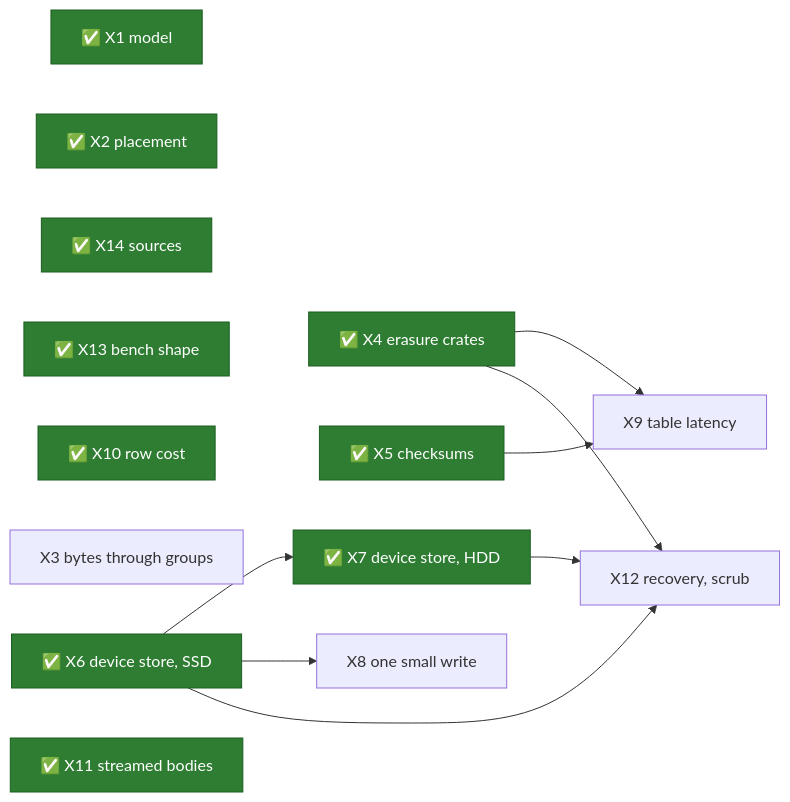
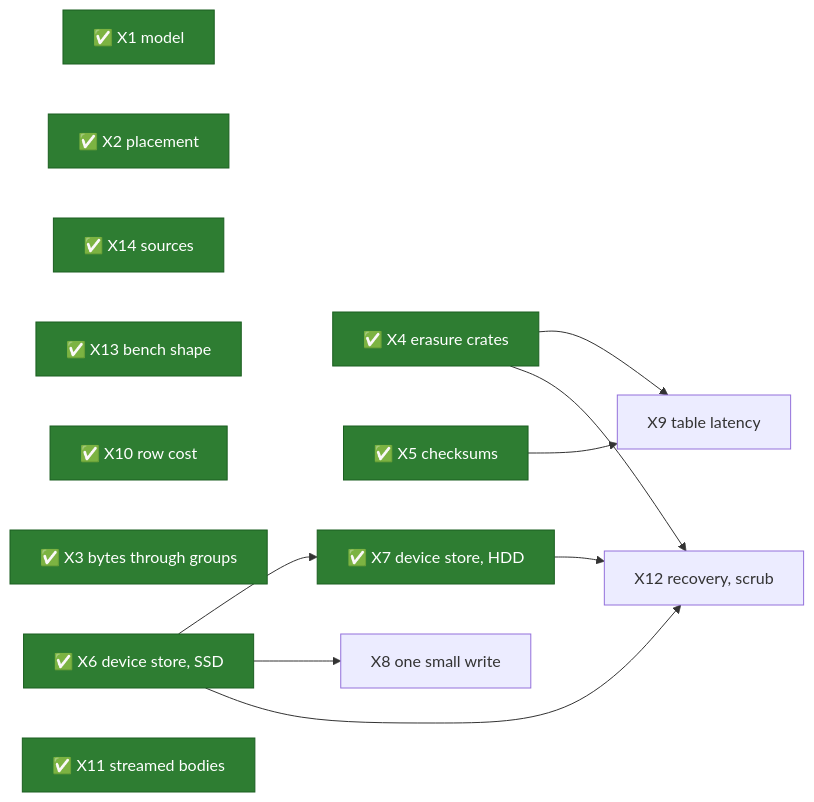
The diagram in docs/src/object-storage/spikes.md (mjcarson/shoal), drawn with Mermaid before and after one commit. The commit also changed other lines of this file and 124 other files, not shown here.

````diff
--- a/docs/src/object-storage/spikes.md
+++ b/docs/src/object-storage/spikes.md
@@ -819,25 +838,25 @@
 ```mermaid
 flowchart LR
     classDef done fill:#2e7d32,stroke:#1b5e20,color:#ffffff
     X1["✅ X1 model"]:::done
     X2["✅ X2 placement"]:::done
     X14["✅ X14 sources"]:::done
     X13["✅ X13 bench shape"]:::done
     X10["✅ X10 row cost"]:::done
-    X3["X3 bytes through groups"]
+    X3["✅ X3 bytes through groups"]:::done
     X4["✅ X4 erasure crates"]:::done
     X5["✅ X5 checksums"]:::done
     X6["✅ X6 device store, SSD"]:::done
     X7["✅ X7 device store, HDD"]:::done
     X8["X8 one small write"]
     X9["X9 table latency"]
     X11["✅ X11 streamed bodies"]:::done
     X12["X12 recovery, scrub"]
     X4 --> X9
     X5 --> X9
     X6 --> X7
     X6 --> X8
     X4 --> X12
     X6 --> X12
     X7 --> X12
 ```
````
